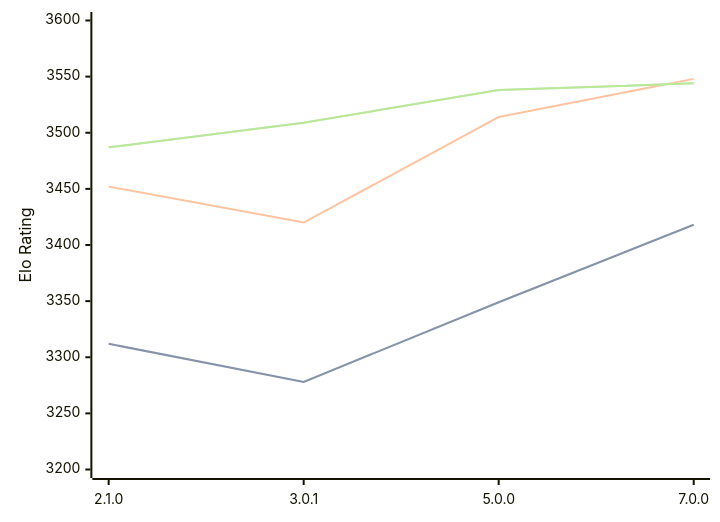
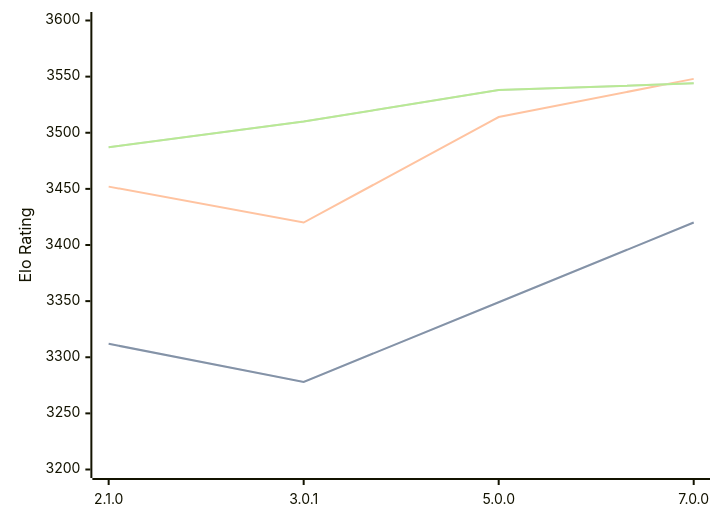
One commit to computer-chess-index/cci changed the third of 3 diagrams in engines/PlentyChess.md. Above: the diagram before and after it, drawn with Mermaid. The commit also changed other lines of this file, not shown here.

Commit message:
Update CCI Ratings (ELO VLTC) - 2026-06-18

````diff
--- a/engines/PlentyChess.md
+++ b/engines/PlentyChess.md
@@ -78,11 +78,11 @@
 ```mermaid
 %%{init: {"theme":"base","themeVariables":{"seriesColors:['#a3a3a3','#222221','#faa371']}}}%%
 xychart-beta
   x-axis ["2.1.0", "3.0.1", "5.0.0", "7.0.0"]
   y-axis "Elo Rating" 3200 --> 3600
-  line "STC (8.0+0.08s)" [3312, 3278, 3349, 3418]
-  line "STC (8.0+0.08s)" [3312, 3278, 3349, 3418]
+  line "STC (8.0+0.08s)" [3312, 3278, 3349, 3420]
+  line "STC (8.0+0.08s)" [3312, 3278, 3349, 3420]
   line "LTC (60.0+0.60s)" [3452, 3420, 3514, 3548]
-  line "VLTC (2m24s+1.12s)" [3487, 3509, 3538, 3544]
-  line "VLTC (2m24s+1.12s)" [3487, 3509, 3538, 3544]
+  line "VLTC (2m24s+1.12s)" [3487, 3510, 3538, 3544]
+  line "VLTC (2m24s+1.12s)" [3487, 3510, 3538, 3544]
 ```
````
